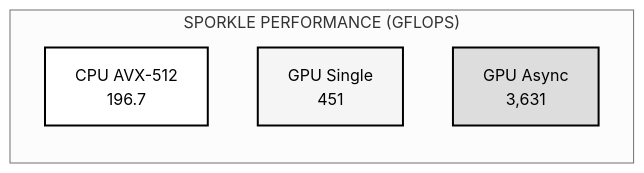
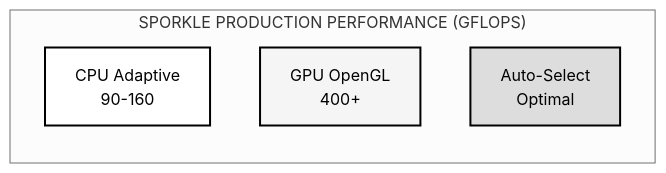
The first of 3 diagrams in README.md (LynnColeArt/sparkle), drawn with Mermaid before and after one commit. The commit also changed other lines of this file, not shown here.

First line of the commit message:
docs: Update README benchmarks to reflect production performance

````diff
--- a/README.md
+++ b/README.md
@@ -11,13 +11,13 @@
 ```mermaid
 %%{init: {'theme':'neutral', 'themeVariables': {'primaryColor':'#fff','primaryTextColor':'#000','primaryBorderColor':'#000','lineColor':'#000','secondaryColor':'#f5f5f5','tertiaryColor':'#ddd','background':'#fff','mainBkg':'#fff','secondBkg':'#f5f5f5','tertiaryBkg':'#ddd'}}}%%
 graph LR
-    subgraph Performance["SPORKLE PERFORMANCE (GFLOPS)"]
-        CPU["CPU AVX-512<br/>196.7"]:::white
-        GPU1["GPU Single<br/>451"]:::light
-        GPU2["GPU Async<br/>3,631"]:::dark
+    subgraph Performance["SPORKLE PRODUCTION PERFORMANCE (GFLOPS)"]
+        CPU["CPU Adaptive<br/>90-160"]:::white
+        GPU1["GPU OpenGL<br/>400+"]:::light
+        AUTO["Auto-Select<br/>Optimal"]:::dark
     end
     
     classDef white fill:#fff,stroke:#000,stroke-width:2px,color:#000
     classDef light fill:#f5f5f5,stroke:#000,stroke-width:2px,color:#000
     classDef dark fill:#ddd,stroke:#000,stroke-width:2px,color:#000
 ```
````
